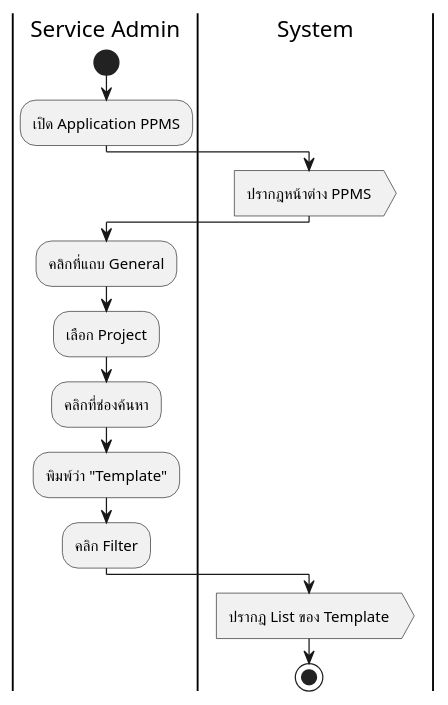
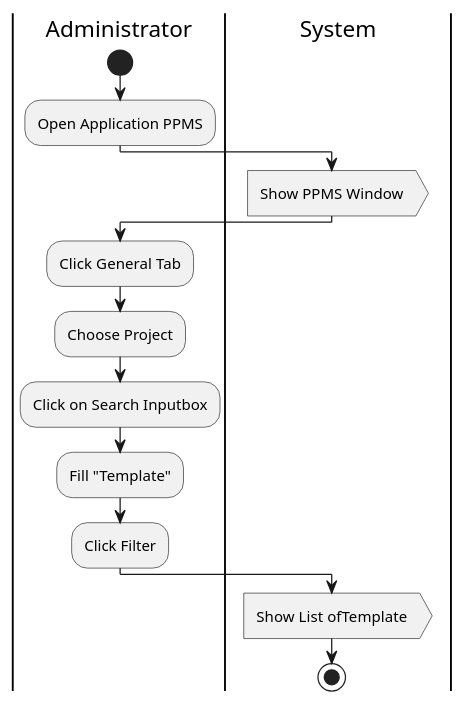
One commit to Meenkonlapat/RPA-Project changed the diagram in User Activity/Process 4 Create Template/u1-search project template.wsd. Above: the diagram before and after it, drawn with PlantUML. The commit also changed 19 other files, not shown here.

```diff
--- a/User Activity/Process 4 Create Template/u1-search project template.wsd
+++ b/User Activity/Process 4 Create Template/u1-search project template.wsd
@@ -1,16 +1,16 @@
 @startuml
-|Service Admin|
+|Administrator|
 start
-:เปิด Application PPMS;
+:Open Application PPMS;
 |System|
-:ปรากฎหน้าต่าง PPMS>
-|Service Admin|
-:คลิกที่แถบ General;
-:เลือก Project;
-:คลิกที่ช่องค้นหา;
-:พิมพ์ว่า "Template";
-:คลิก Filter;
+:Show PPMS Window>
+|Administrator|
+:Click General Tab;
+:Choose Project;
+:Click on Search Inputbox;
+:Fill "Template";
+:Click Filter;
 |System|
-:ปรากฎ List ของ Template>
+:Show List ofTemplate>
 stop
 @enduml
```
